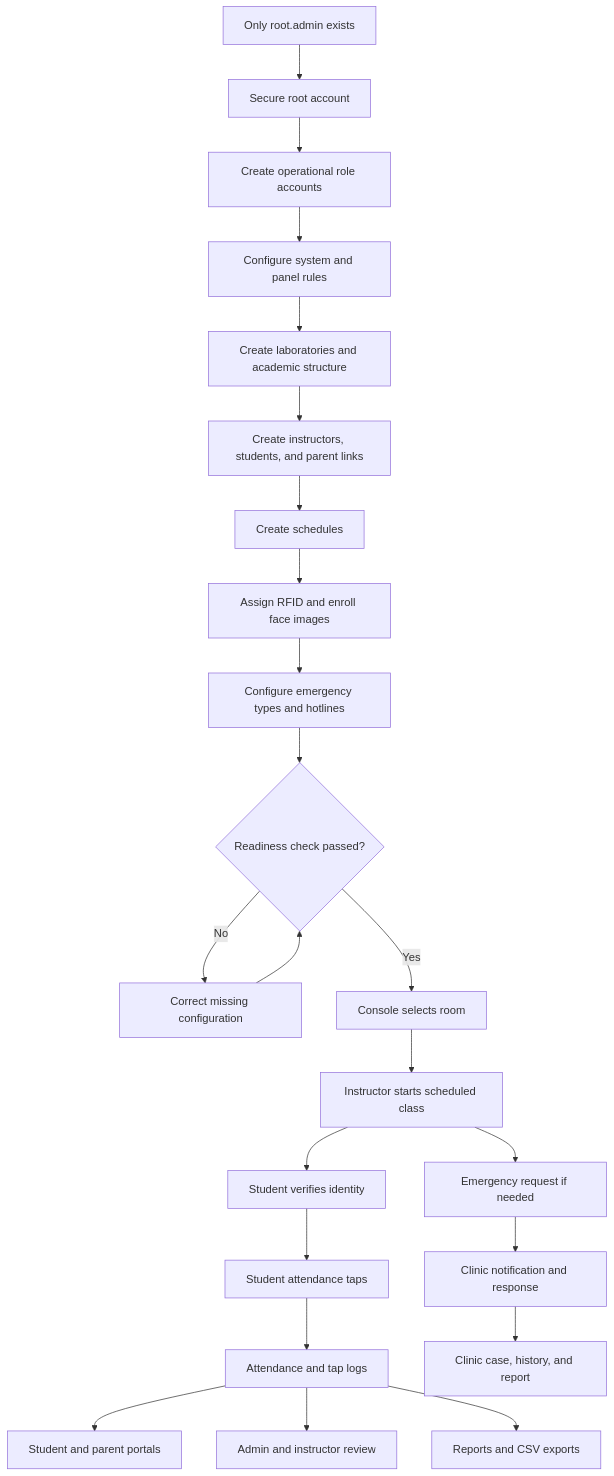
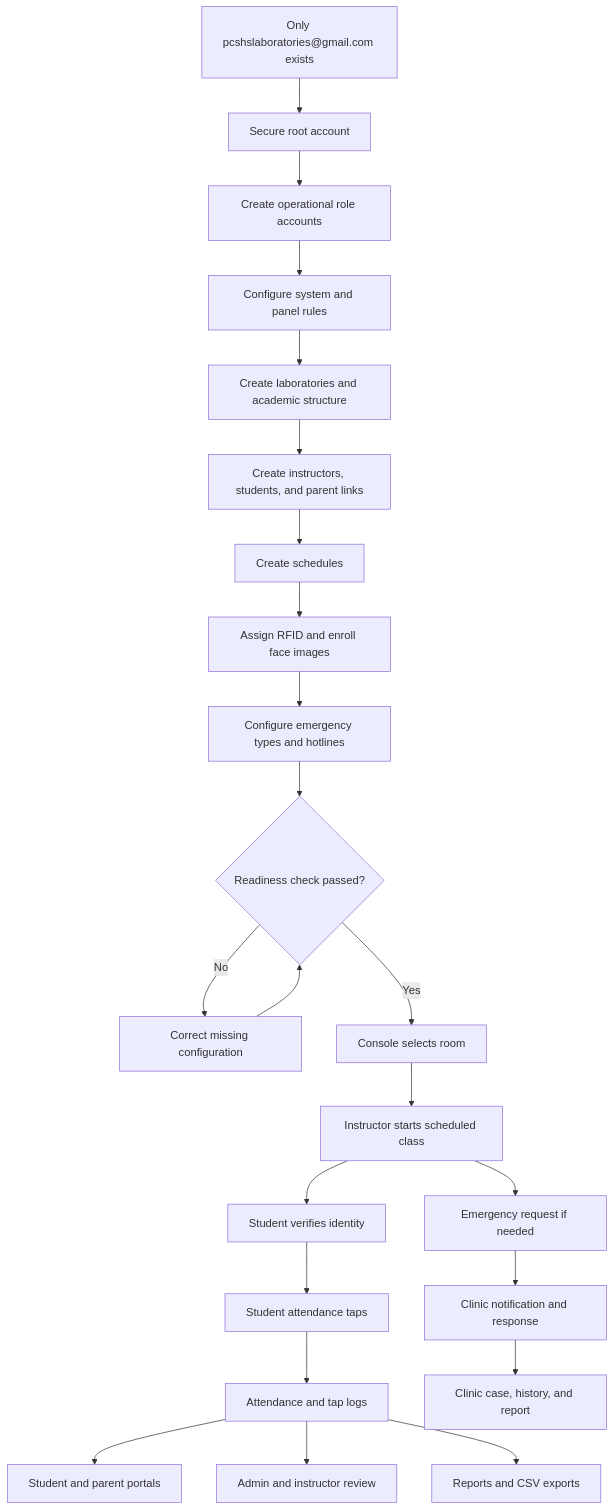
Before and after one commit to capstonedummy11/capstone-rfid: the first of 5 diagrams in docs/System Explanation/SYSTEM_FLOW_DEMONSTRATION.md, drawn with Mermaid. The commit also changed other lines of this file and 114 other files, not shown here.

Commit message:
development | one root admin only and password requiremen and fix about us bottom picture

````diff
--- a/docs/System Explanation/SYSTEM_FLOW_DEMONSTRATION.md
+++ b/docs/System Explanation/SYSTEM_FLOW_DEMONSTRATION.md
@@ -50,25 +50,25 @@
 ```mermaid
 flowchart TD
-    A[Only root.admin exists] --> B[Secure root account]
+    A[Only pcshslaboratories@gmail.com exists] --> B[Secure root account]
     B --> C[Create operational role accounts]
     C --> D[Configure system and panel rules]
     D --> E[Create laboratories and academic structure]
     E --> F[Create instructors, students, and parent links]
     F --> G[Create schedules]
     G --> H[Assign RFID and enroll face images]
     H --> I[Configure emergency types and hotlines]
     I --> J{Readiness check passed?}
     J -- No --> K[Correct missing configuration]
     K --> J
     J -- Yes --> L[Console selects room]
     L --> M[Instructor starts scheduled class]
     M --> N[Student verifies identity]
     N --> O[Student attendance taps]
     O --> P[Attendance and tap logs]
     P --> Q[Student and parent portals]
     P --> R[Admin and instructor review]
     P --> S[Reports and CSV exports]
     M --> T[Emergency request if needed]
     T --> U[Clinic notification and response]
     U --> V[Clinic case, history, and report]
 ```
````
